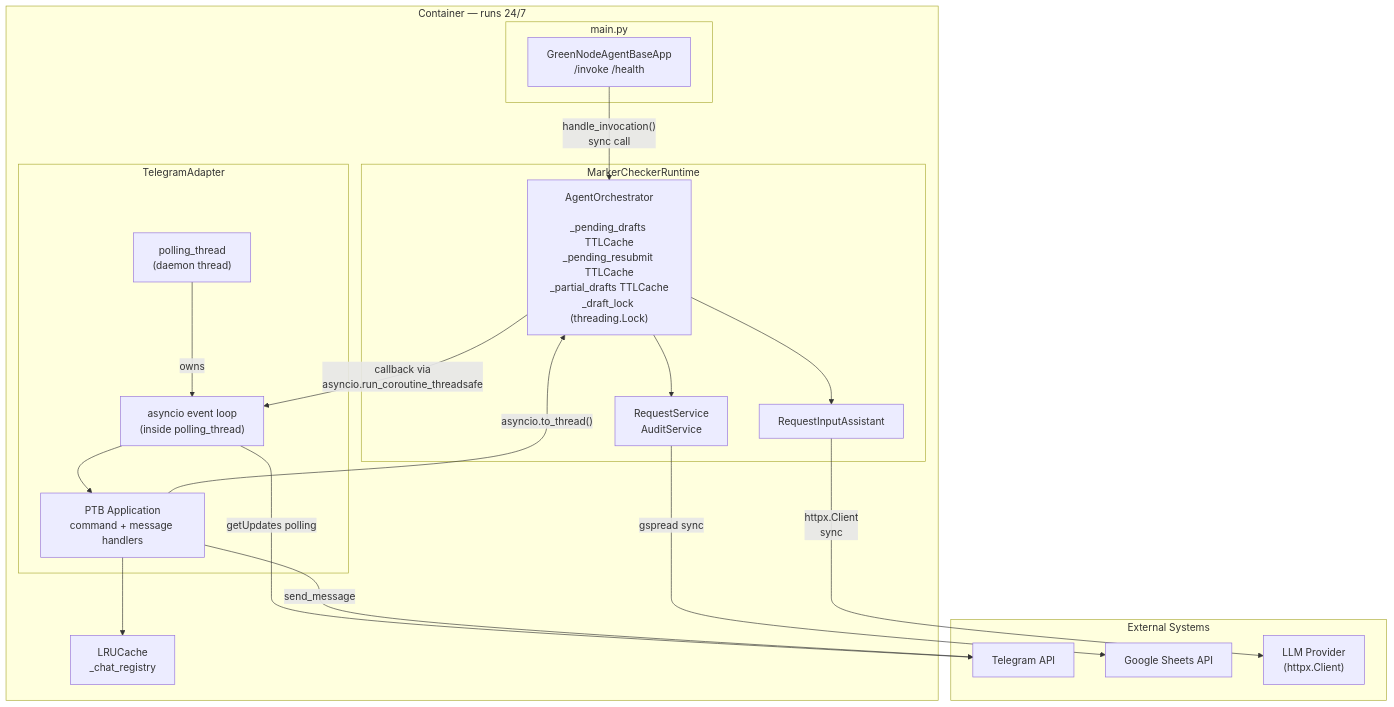
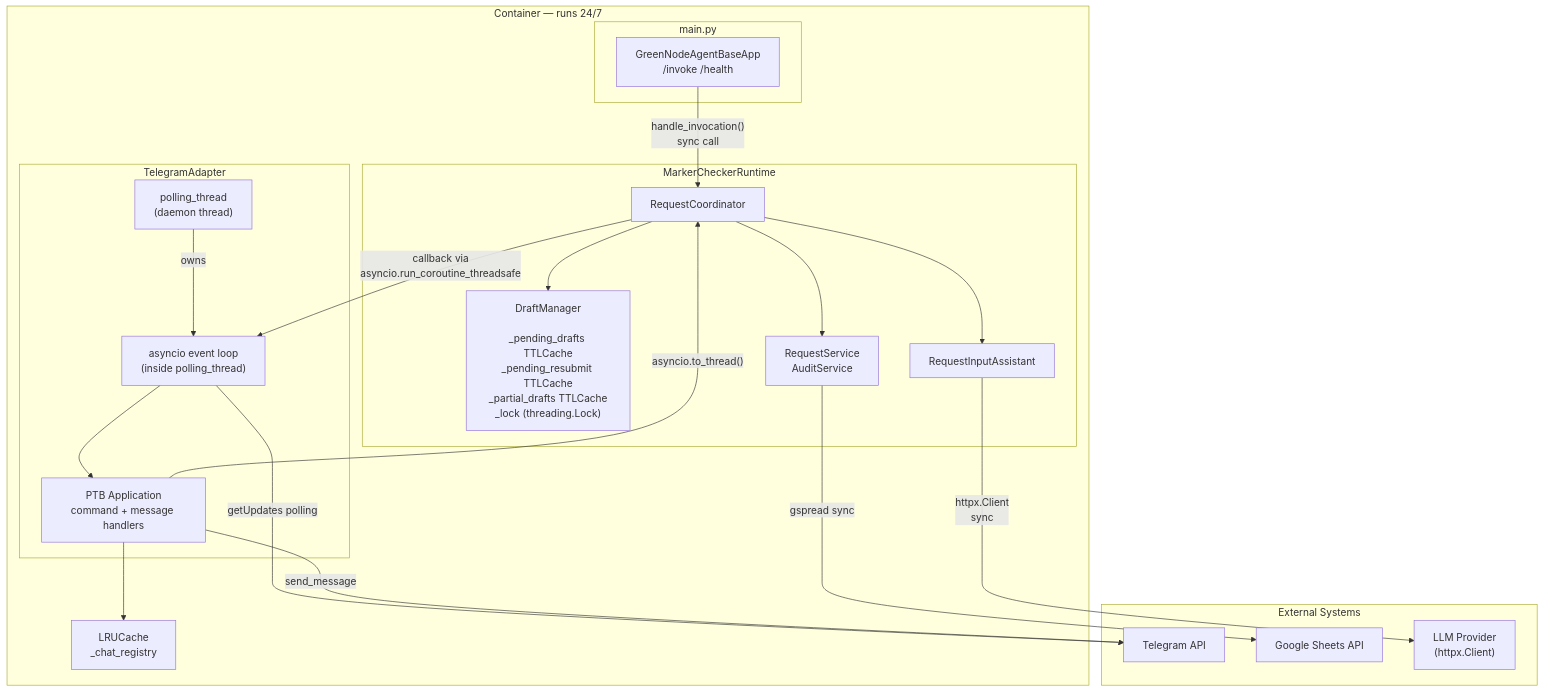
Before and after one commit to nhnhat1208/marker-checker: the first of 6 diagrams in docs/technical-design/architecture-diagrams.md, drawn with Mermaid. The commit also changed other lines of this file and 48 other files, not shown here.

````diff
--- a/docs/technical-design/architecture-diagrams.md
+++ b/docs/technical-design/architecture-diagrams.md
@@ -11,41 +11,43 @@
 ```mermaid
 graph TB
     subgraph ext["External Systems"]
         TG["Telegram API"]
         GS["Google Sheets API"]
         LLM["LLM Provider\n(httpx.Client)"]
     end
 
     subgraph container["Container — runs 24/7"]
         subgraph main["main.py"]
             AB["GreenNodeAgentBaseApp\n/invoke  /health"]
         end
 
         subgraph runtime["MarkerCheckerRuntime"]
-            ORCH["AgentOrchestrator\n\n_pending_drafts TTLCache\n_pending_resubmit TTLCache\n_partial_drafts TTLCache\n_draft_lock (threading.Lock)"]
+            ORCH["RequestCoordinator"]
+            DM["DraftManager\n\n_pending_drafts TTLCache\n_pending_resubmit TTLCache\n_partial_drafts TTLCache\n_lock (threading.Lock)"]
             RS["RequestService\nAuditService"]
             AI["RequestInputAssistant"]
         end
 
         subgraph adapter["TelegramAdapter"]
             PT["polling_thread\n(daemon thread)"]
             LOOP["asyncio event loop\n(inside polling_thread)"]
             PTB["PTB Application\ncommand + message handlers"]
         end
 
         CACHE["LRUCache\n_chat_registry"]
     end
 
     AB -->|"handle_invocation()\nsync call"| ORCH
     ORCH -->|"callback via\nasyncio.run_coroutine_threadsafe"| LOOP
     LOOP --> PTB
     PTB -->|"asyncio.to_thread()"| ORCH
+    ORCH --> DM
     ORCH --> RS
     RS -->|"gspread sync"| GS
     ORCH --> AI
     AI -->|"httpx.Client\nsync"| LLM
     PTB --> CACHE
     PT -->|"owns"| LOOP
     LOOP -->|"getUpdates polling"| TG
     PTB -->|"send_message"| TG
 ```
````
